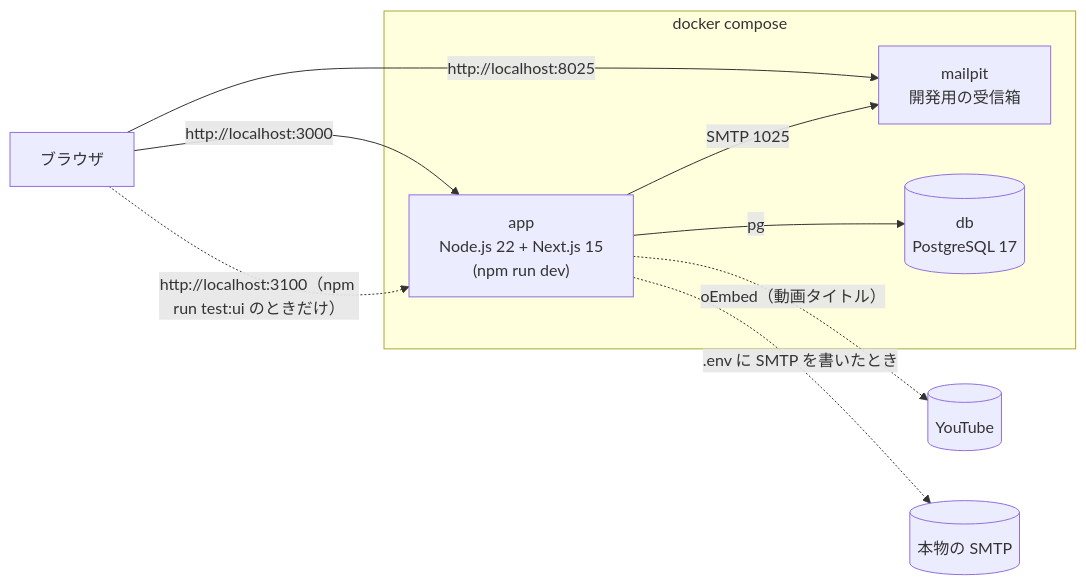
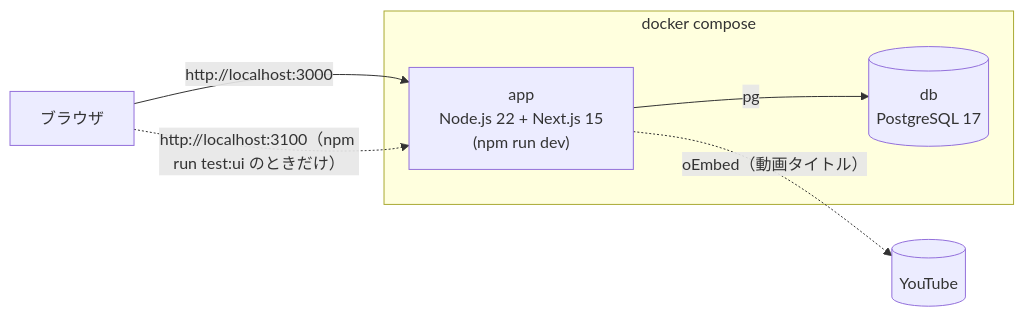
The first of 2 diagrams in docs/architecture.md (keizoku/flashcard-app), drawn with Mermaid before and after one commit. The commit also changed other lines of this file and 78 other files, not shown here.

````diff
--- a/docs/architecture.md
+++ b/docs/architecture.md
@@ -11,15 +11,11 @@
 ```mermaid
 flowchart LR
   B[ブラウザ] -- http://localhost:3000 --> APP
-  B -- http://localhost:8025 --> MP
   B -. "http://localhost:3100（npm run test:ui のときだけ）" .-> APP
   subgraph docker compose
     APP["app<br/>Node.js 22 + Next.js 15<br/>(npm run dev)"]
     DB[("db<br/>PostgreSQL 17")]
-    MP["mailpit<br/>開発用の受信箱"]
   end
   APP -- pg --> DB
-  APP -- SMTP 1025 --> MP
   APP -. "oEmbed（動画タイトル）" .-> YT[(YouTube)]
-  APP -. ".env に SMTP を書いたとき" .-> SMTP[(本物の SMTP)]
 ```
````
